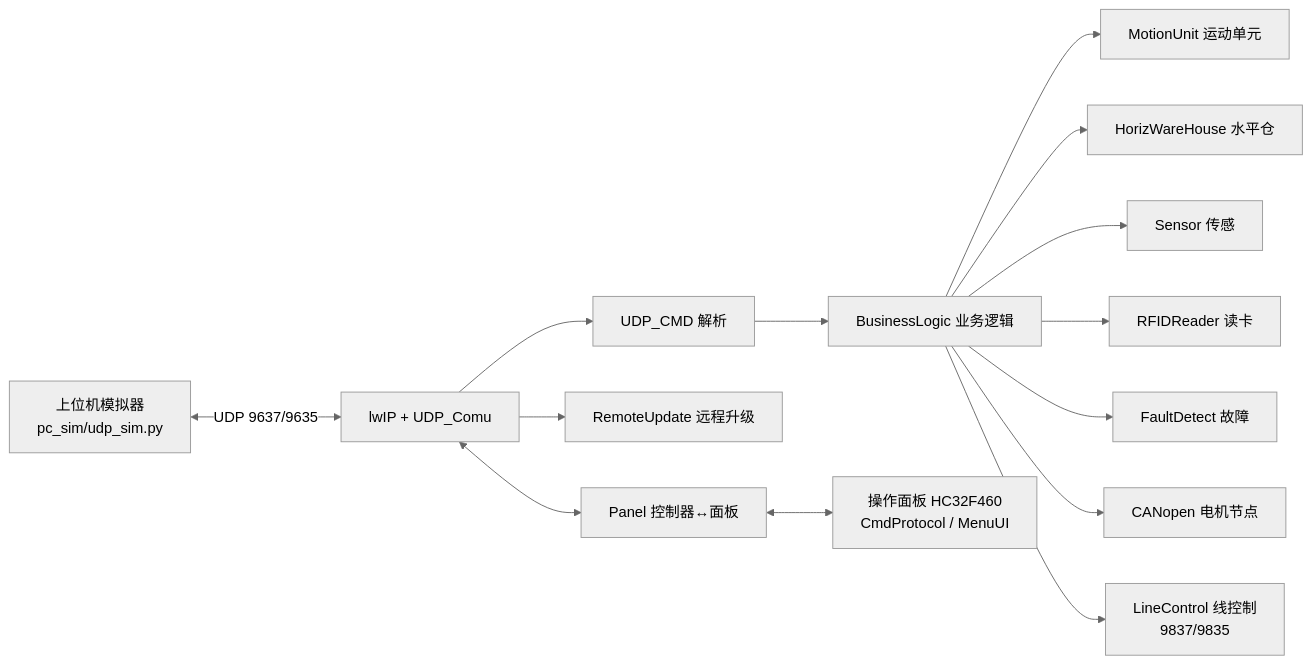
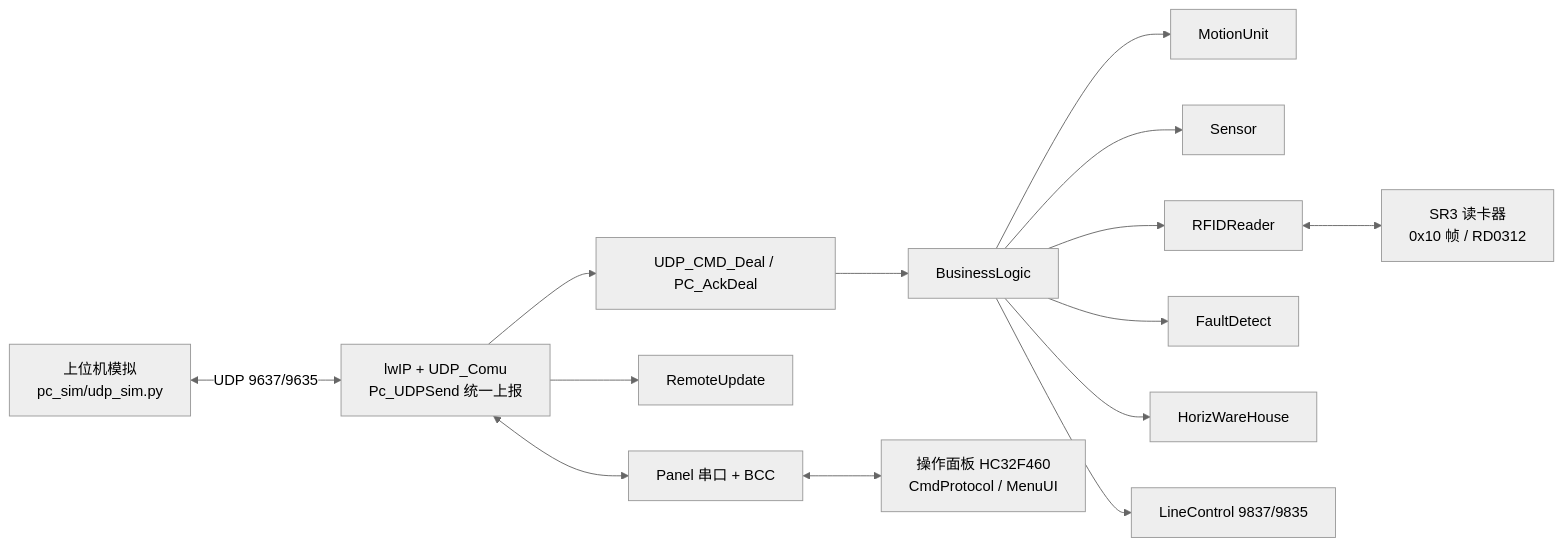
Before and after one commit to Siaiai/ObsidianNote: the diagram in 工作/S3吊挂控制器/261029S3维护.md, drawn with Mermaid (neutral theme). The commit also changed other lines of this file and 2 other files, not shown here.

````diff
--- a/工作/S3吊挂控制器/261029S3维护.md
+++ b/工作/S3吊挂控制器/261029S3维护.md
@@ -110,16 +96,16 @@
 ```mermaid
 flowchart LR
-    PC[上位机模拟器<br/>pc_sim/udp_sim.py] <-->|UDP 9637/9635| NET[lwIP + UDP_Comu]
-    NET --> CMD[UDP_CMD 解析]
-    CMD --> BL[BusinessLogic 业务逻辑]
-    BL --> MU[MotionUnit 运动单元]
-    BL --> WH[HorizWareHouse 水平仓]
-    BL --> SEN[Sensor 传感]
-    BL --> RFID[RFIDReader 读卡]
-    BL --> FD[FaultDetect 故障]
-    BL --> CAN[CANopen 电机节点]
-    BL --> LC[LineControl 线控制<br/>9837/9835]
-    NET --> RU[RemoteUpdate 远程升级]
-    NET <--> PANEL[Panel 控制器↔面板]
-    PANEL <--> OP[操作面板 HC32F460<br/>CmdProtocol / MenuUI]
+    PC[上位机模拟<br/>pc_sim/udp_sim.py] <-->|UDP 9637/9635| NET[lwIP + UDP_Comu<br/>Pc_UDPSend 统一上报]
+    NET --> CMD[UDP_CMD_Deal / PC_AckDeal]
+    CMD --> BL[BusinessLogic]
+    BL --> MU[MotionUnit]
+    BL --> SEN[Sensor]
+    BL --> RFID[RFIDReader]
+    BL --> FD[FaultDetect]
+    BL --> WH[HorizWareHouse]
+    BL --> LC[LineControl 9837/9835]
+    NET --> RU[RemoteUpdate]
+    NET <--> PNL[Panel 串口 + BCC]
+    PNL <--> OP[操作面板 HC32F460<br/>CmdProtocol / MenuUI]
+    RFID <--> SR3[SR3 读卡器<br/>0x10 帧 / RD0312]
 ```
````
